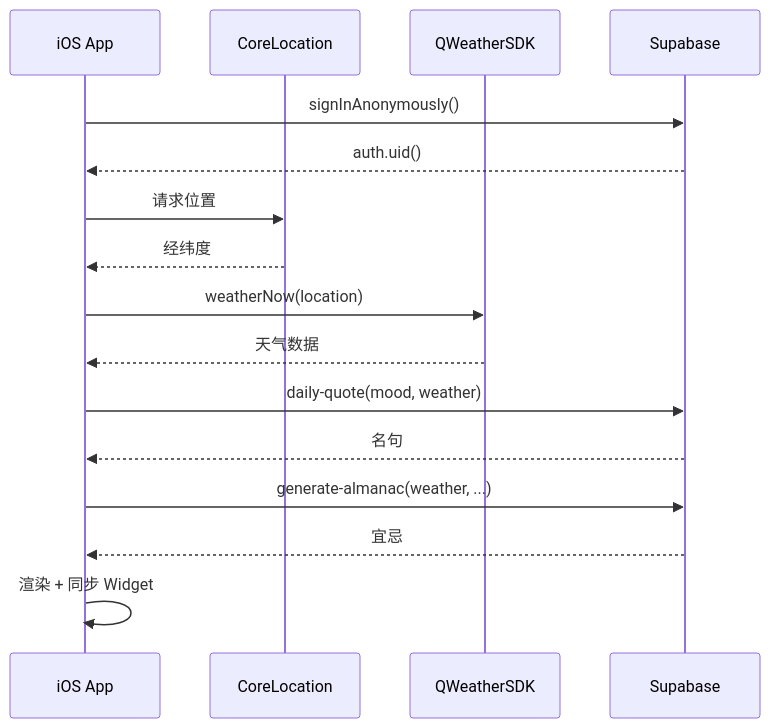
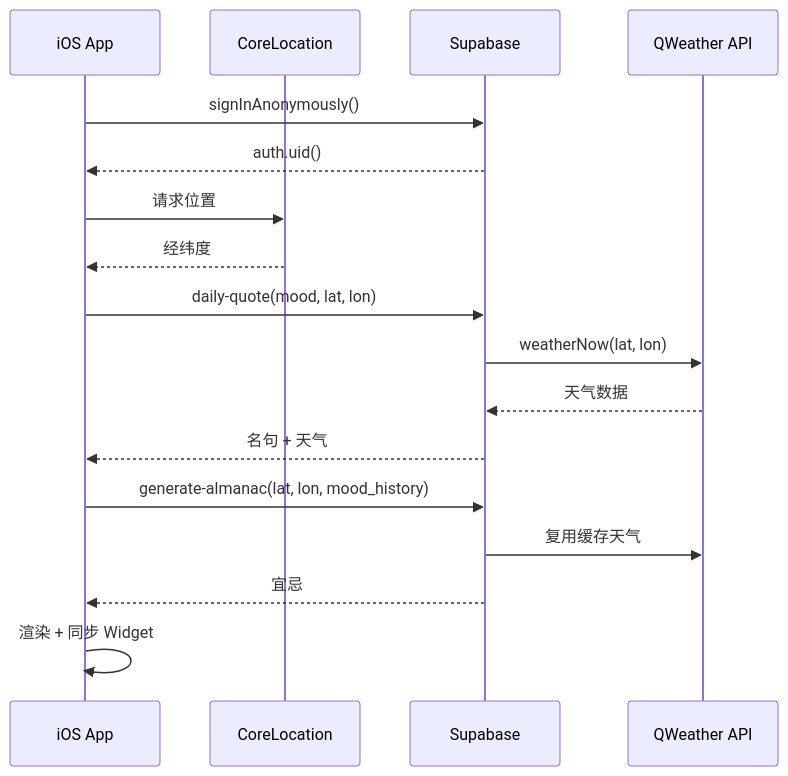
The second of 3 diagrams in docs/architecture.md (EvilIrving/daily-oracle), drawn with Mermaid before and after one commit. The commit also changed other lines of this file and 23 other files, not shown here.

First line of the commit message:
feat(daily-oracle): Initialize iOS app structure with SwiftUI and SwiftData integration

````diff
--- a/docs/architecture.md
+++ b/docs/architecture.md
@@ -516,19 +531,20 @@
 ```mermaid
 sequenceDiagram
     participant App as iOS App
     participant CL as CoreLocation
-    participant QW as QWeatherSDK
     participant Supa as Supabase
+    participant QW as QWeather API
 
     App->>Supa: signInAnonymously()
     Supa-->>App: auth.uid()
     App->>CL: 请求位置
     CL-->>App: 经纬度
-    App->>QW: weatherNow(location)
-    QW-->>App: 天气数据
-    App->>Supa: daily-quote(mood, weather)
-    Supa-->>App: 名句
-    App->>Supa: generate-almanac(weather, ...)
+    App->>Supa: daily-quote(mood, lat, lon)
+    Supa->>QW: weatherNow(lat, lon)
+    QW-->>Supa: 天气数据
+    Supa-->>App: 名句 + 天气
+    App->>Supa: generate-almanac(lat, lon, mood_history)
+    Supa->>QW: 复用缓存天气
     Supa-->>App: 宜忌
     App->>App: 渲染 + 同步 Widget
 ```
````
